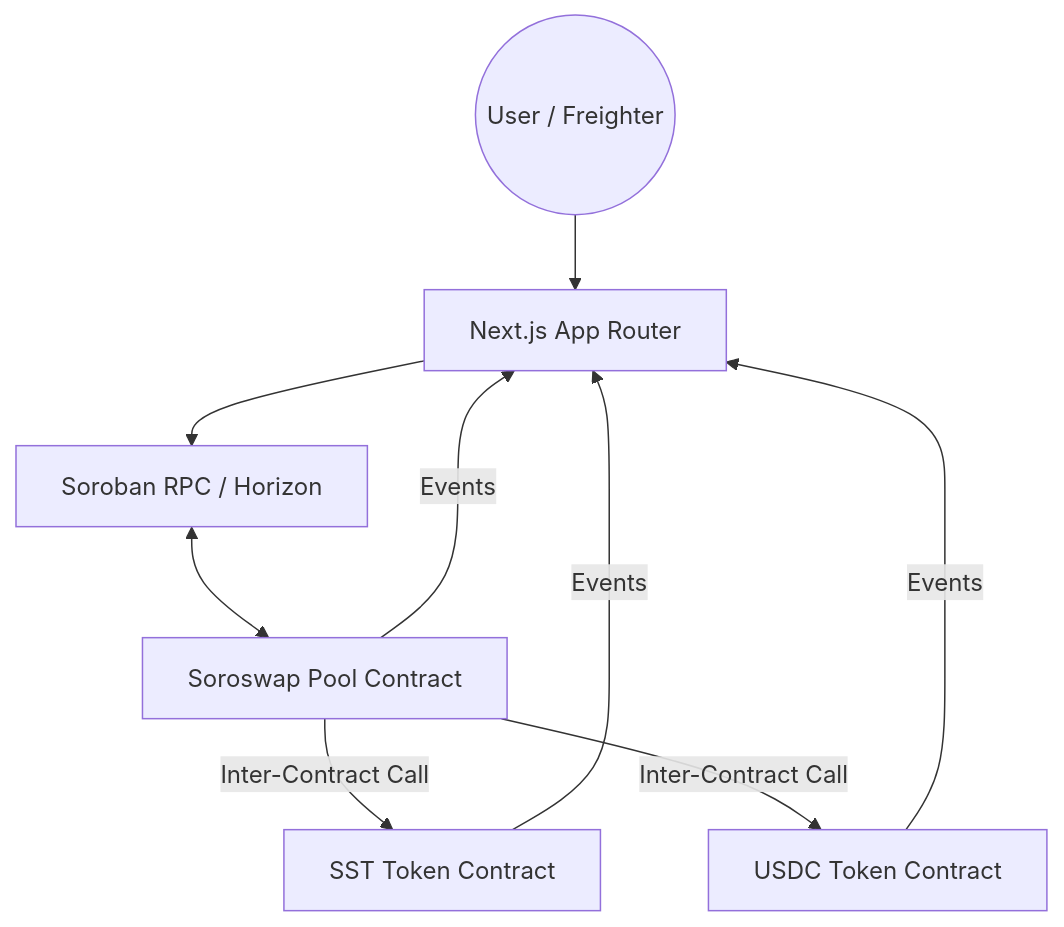
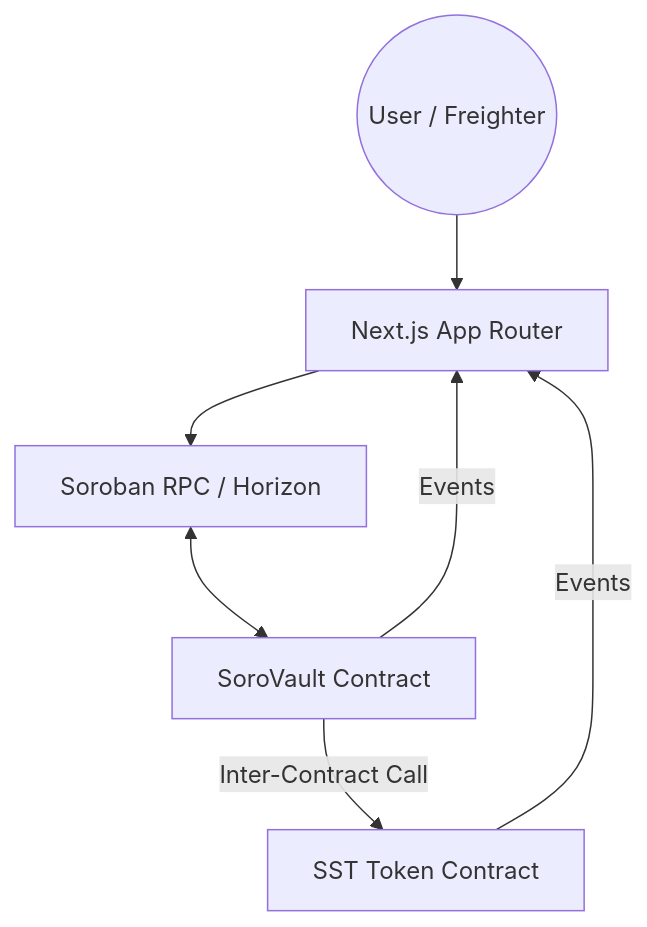
The diagram in README.md (simmitiwari770-beep/stellar-L-4), drawn with Mermaid before and after one commit. The commit also changed other lines of this file and 18 other files, not shown here.

Commit message:
feat: implement SoroVault and integrate frontend

````diff
--- a/README.md
+++ b/README.md
@@ -21,11 +20,9 @@
 ```mermaid
 graph TD
     User((User / Freighter)) --> Frontend[Next.js App Router]
     Frontend --> RPC[Soroban RPC / Horizon]
-    RPC <--> Pool[Soroswap Pool Contract]
-    Pool -- Inter-Contract Call --> TokenA[SST Token Contract]
-    Pool -- Inter-Contract Call --> TokenB[USDC Token Contract]
-    TokenA -- Events --> Frontend
-    TokenB -- Events --> Frontend
-    Pool -- Events --> Frontend
+    RPC <--> Vault[SoroVault Contract]
+    Vault -- Inter-Contract Call --> Token[SST Token Contract]
+    Token -- Events --> Frontend
+    Vault -- Events --> Frontend
 ```
````
